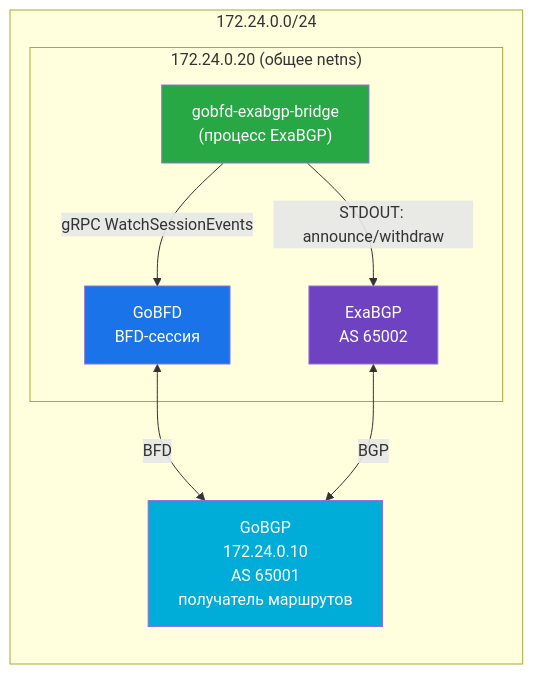
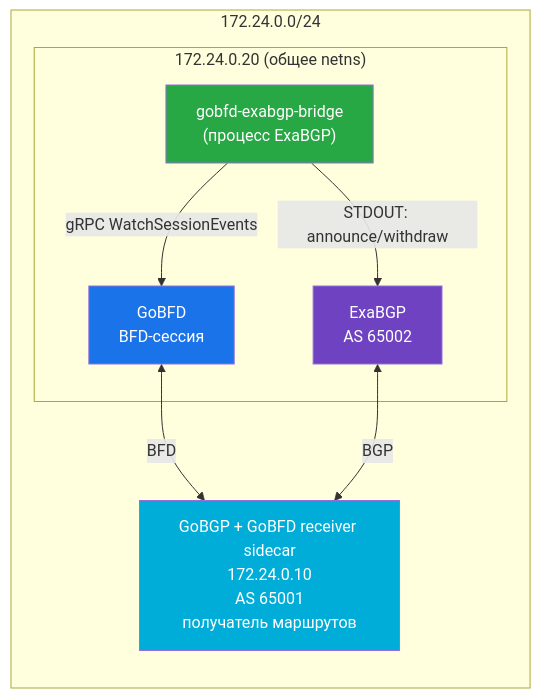
The fourth of 5 diagrams in docs/ru/11-integrations.md (dantte-lp/gobfd), drawn with Mermaid before and after one commit. The commit also changed other lines of this file and 53 other files, not shown here.

````diff
--- a/docs/ru/11-integrations.md
+++ b/docs/ru/11-integrations.md
@@ -294,21 +300,21 @@
 ```mermaid
 graph LR
     subgraph "172.24.0.0/24"
-        GOBGP["GoBGP<br/>172.24.0.10<br/>AS 65001<br/>получатель маршрутов"]
+        GOBGP["GoBGP + GoBFD receiver sidecar<br/>172.24.0.10<br/>AS 65001<br/>получатель маршрутов"]
         subgraph "172.24.0.20 (общее netns)"
             GOBFD["GoBFD<br/>BFD-сессия"]
             EXABGP["ExaBGP<br/>AS 65002"]
             BRIDGE["gobfd-exabgp-bridge<br/>(процесс ExaBGP)"]
         end
     end
 
     GOBFD <-->|BFD| GOBGP
     BRIDGE -->|gRPC WatchSessionEvents| GOBFD
     BRIDGE -->|STDOUT: announce/withdraw| EXABGP
     EXABGP <-->|BGP| GOBGP
 
     style GOBFD fill:#1a73e8,color:#fff
     style GOBGP fill:#00ADD8,color:#fff
     style EXABGP fill:#6f42c1,color:#fff
     style BRIDGE fill:#28a745,color:#fff
 ```
````
